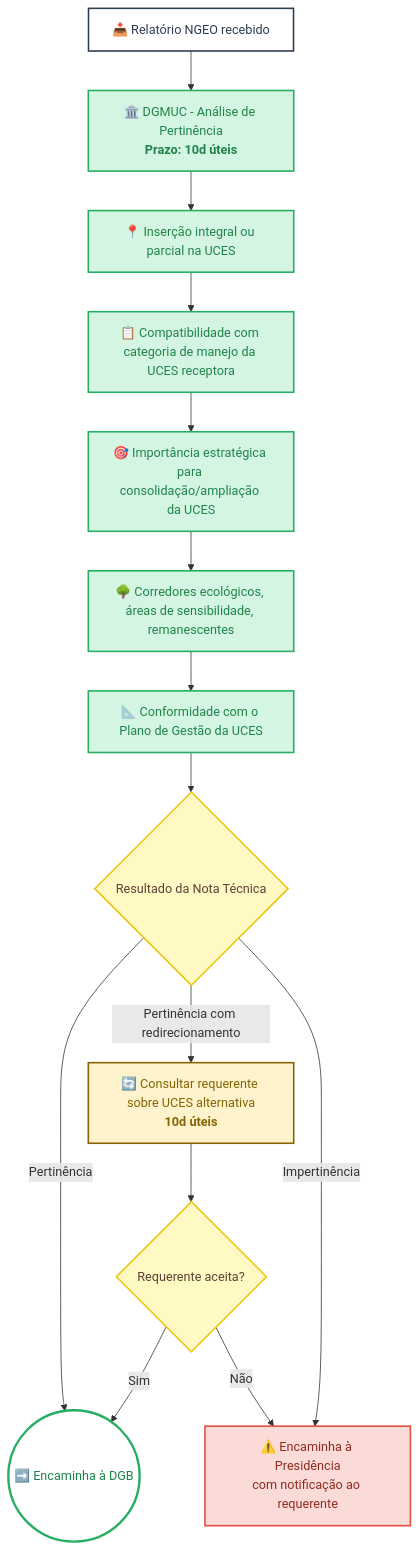
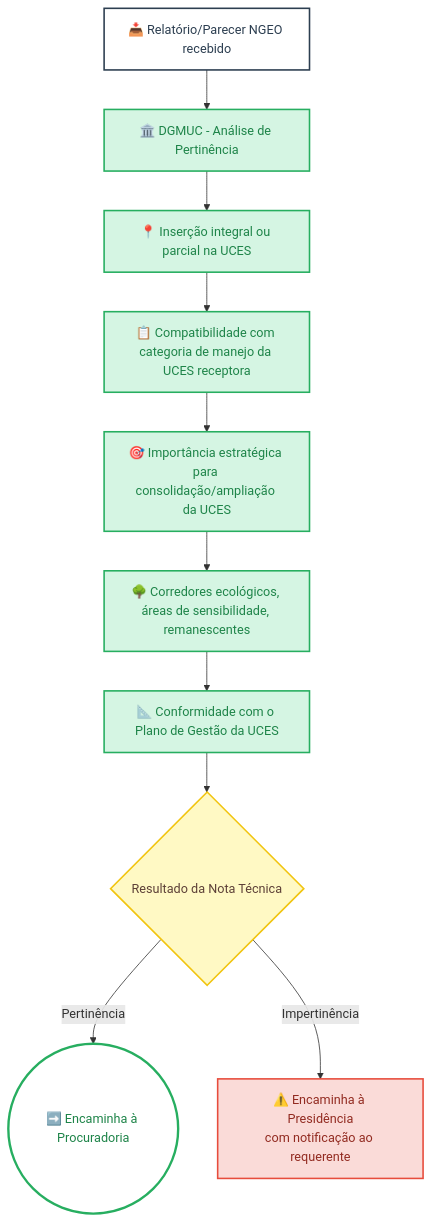
The diagram in docs/03-fluxos/imagens/05-dgmuc.mmd (NGEO-IDEFLOR-Bio/certFundiaria-uces-pa), drawn with Mermaid before and after one commit. The commit also changed 31 other files, not shown here.

Commit message:
docs: atualiza especificacoes de planejamento e diagramas com a IN Conjunta oficial 2026

```diff
--- a/docs/03-fluxos/imagens/05-dgmuc.mmd
+++ b/docs/03-fluxos/imagens/05-dgmuc.mmd
@@ -1,28 +1,21 @@
 flowchart TD
     classDef ideflor fill:#D5F5E3,stroke:#27AE60,stroke-width:2px,color:#1E8449
     classDef decisao fill:#FFF9C4,stroke:#F1C40F,stroke-width:2px,color:#5D4037
     classDef rejeicao fill:#FADBD8,stroke:#E74C3C,stroke-width:2px,color:#922B21
-    classDef alerta fill:#FFF3CD,stroke:#856404,stroke-width:2px,color:#856404
     classDef entrada fill:#FFFFFF,stroke:#2C3E50,stroke-width:2px,color:#2C3E50
 
-    IN["📥 Relatório NGEO recebido"]:::entrada
-    --> DGMUC["🏛️ DGMUC - Análise de Pertinência<br/><b>Prazo: 10d úteis</b>"]:::ideflor
+    IN["📥 Relatório/Parecer NGEO recebido"]:::entrada
+    --> DGMUC["🏛️ DGMUC - Análise de Pertinência"]:::ideflor
 
     DGMUC --> A1["📍 Inserção integral ou parcial na UCES"]:::ideflor
     A1 --> A2["📋 Compatibilidade com categoria de manejo da UCES receptora"]:::ideflor
     A2 --> A3["🎯 Importância estratégica para consolidação/ampliação da UCES"]:::ideflor
     A3 --> A4["🌳 Corredores ecológicos, áreas de sensibilidade, remanescentes"]:::ideflor
     A4 --> A5["📐 Conformidade com o Plano de Gestão da UCES"]:::ideflor
 
     A5 --> RESULT{"Resultado da Nota Técnica"}:::decisao
 
-    RESULT --> |Pertinência| DGB(("➡️ Encaminha à DGB")):::entrada
-    RESULT --> |Pertinência com redirecionamento| REDIR["🔄 Consultar requerente sobre UCES alternativa<br/><b>10d úteis</b>"]:::alerta
-
-    REDIR --> ACEITA{"Requerente aceita?"}:::decisao
-    ACEITA --> |Sim| DGB
-    ACEITA --> |Não| IMPERT
-
+    RESULT --> |Pertinência| PROC(("➡️ Encaminha à Procuradoria")):::entrada
     RESULT --> |Impertinência| IMPERT["⚠️ Encaminha à Presidência<br/>com notificação ao requerente"]:::rejeicao
 
-    style DGB stroke:#27AE60,stroke-width:3px,color:#1E8449
+    style PROC stroke:#27AE60,stroke-width:3px,color:#1E8449
```
